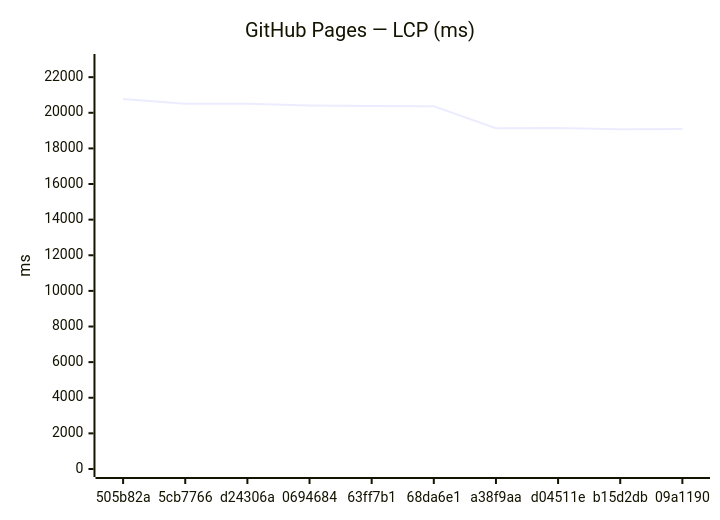
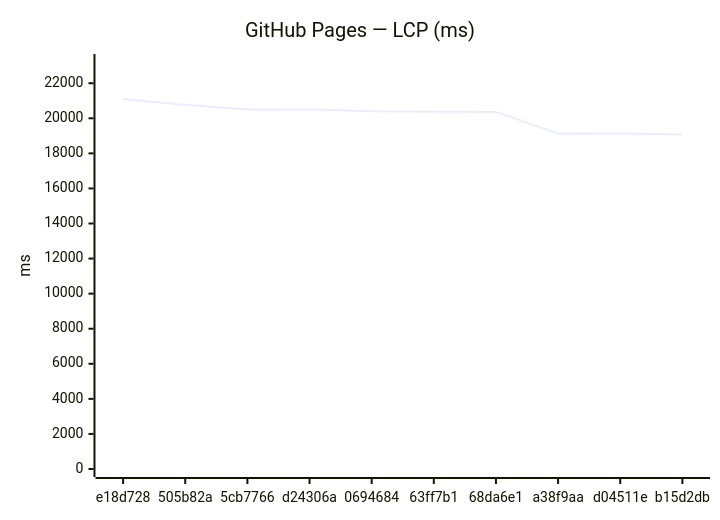
One commit to Metaheurist/Rianell changed the third of 18 diagrams in benchmarks/compare.md. Above: the diagram before and after it, drawn with Mermaid. The commit also changed other lines of this file and 11 other files, not shown here.

````diff
--- a/benchmarks/compare.md
+++ b/benchmarks/compare.md
@@ -54,7 +54,7 @@
 ```mermaid
 xychart-beta
     title "GitHub Pages — LCP (ms)"
-    x-axis ["505b82a", "5cb7766", "d24306a", "0694684", "63ff7b1", "68da6e1", "a38f9aa", "d04511e", "b15d2db", "09a1190"]
-    y-axis "ms" 0 --> 22851
-    line [20773, 20501, 20513, 20406, 20374, 20366, 19133, 19145, 19077, 19086]
+    x-axis ["e18d728", "505b82a", "5cb7766", "d24306a", "0694684", "63ff7b1", "68da6e1", "a38f9aa", "d04511e", "b15d2db"]
+    y-axis "ms" 0 --> 23211
+    line [21100, 20773, 20501, 20513, 20406, 20374, 20366, 19133, 19145, 19077]
 ```
````
